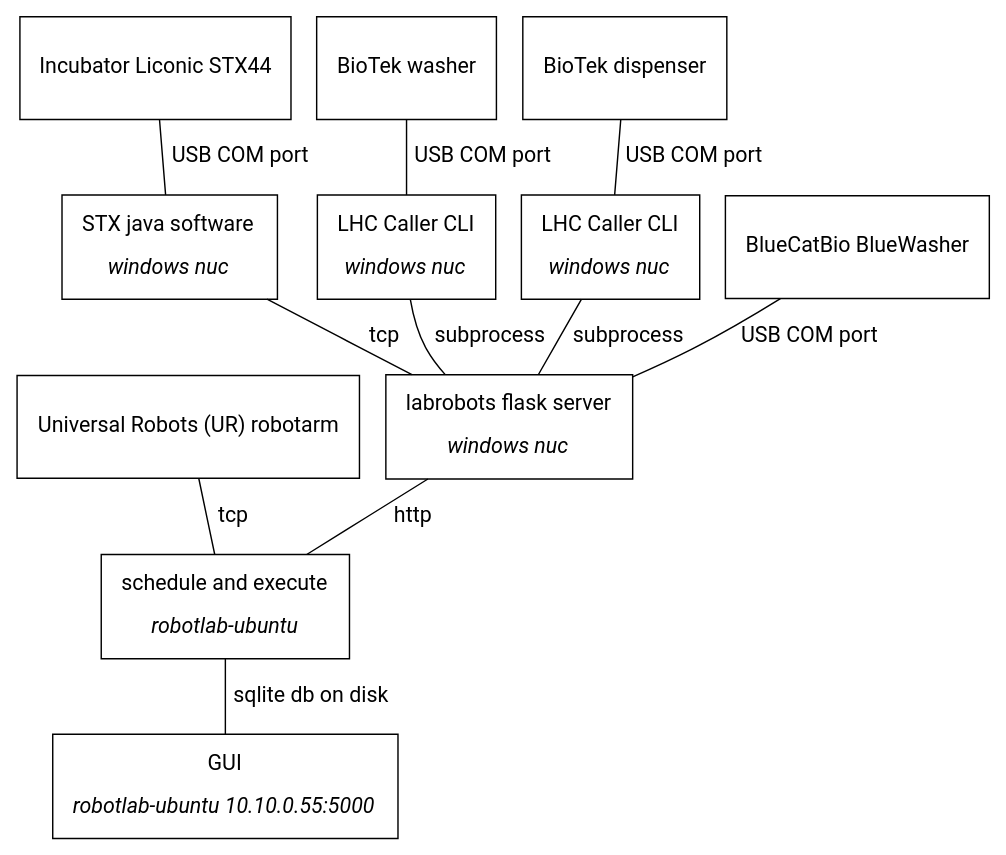
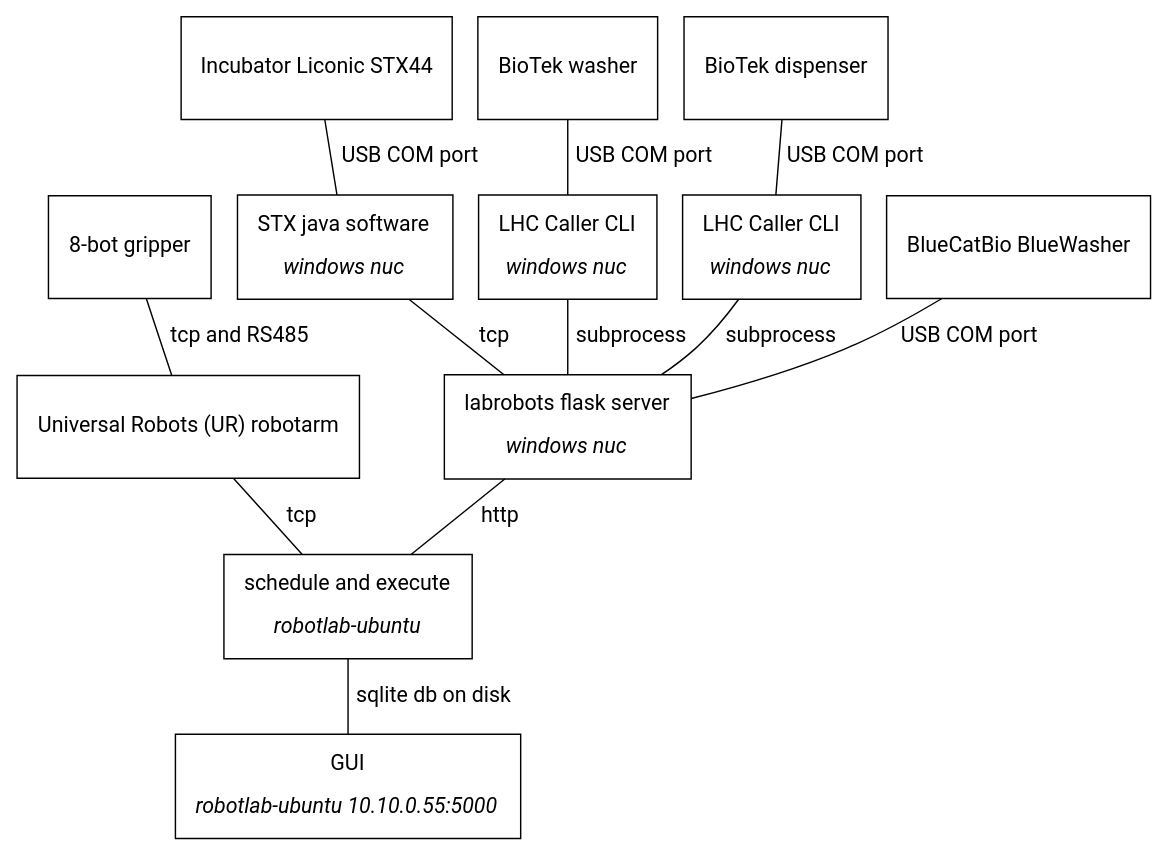
Before and after one commit to pharmbio/robotlab: the diagram in docs/painter.dot, drawn with Graphviz. The commit also changed 1 other file, not shown here.

Commit message:
Add 8-bot gripper to painter overview

```diff
--- a/docs/painter.dot
+++ b/docs/painter.dot
@@ -1,28 +1,29 @@
 # Build the svg with:
 # dot overview.dot -Tsvg -o overview.svg
 graph {
     # graph [bgcolor="#2d2d2d"]
     # node [color="#d3d0c8" fontcolor="#d3d0c8"]
     # edge [color="#d3d0c8" fontcolor="#d3d0c8"]
 
     node [fontname="Roboto", fontsize=15, height=1, margin=0.2]
     edge [fontname="Roboto", fontsize=15]
     node [shape=box]
 
-    ur   [label="Universal Robots (UR) robotarm"]; ur -- scheduler [label="  tcp"]
+    gripper [label="8-bot gripper"];                  gripper -- ur   [label="  tcp and RS485"]
+    ur      [label="Universal Robots (UR) robotarm"]; ur -- scheduler [label="  tcp"]
 
     incu [label="Incubator Liconic STX44"]; incu -- stx [label="  USB COM port"]
-    stx [label=<STX java software<BR/><BR/><I>windows nuc</I>>]; stx -- nuc [label="  tcp"]
+    stx  [label=<STX java software<BR/><BR/><I>windows nuc</I>>]; stx -- nuc [label="  tcp"]
 
     wash [label="BioTek washer"];    wash_repl [label=<LHC Caller CLI<BR/><BR/><I>windows nuc</I>>]; wash -- wash_repl [label="  USB COM port"]; wash_repl -- nuc [label="  subprocess"]
     disp [label="BioTek dispenser"]; disp_repl [label=<LHC Caller CLI<BR/><BR/><I>windows nuc</I>>]; disp -- disp_repl [label="  USB COM port"]; disp_repl -- nuc [label="  subprocess"]
 
     blue [label="BlueCatBio BlueWasher"]; blue -- nuc [label="  USB COM port"]
 
     nuc [label=<labrobots flask server<BR/><BR/><I>windows nuc</I>>]
     nuc -- scheduler [label="  http"]
 
     scheduler [label=<schedule and execute<BR/><BR/><I>robotlab-ubuntu</I>>]
     scheduler_ui [label=<GUI<BR/><BR/><I>robotlab-ubuntu 10.10.0.55:5000</I>>]
     scheduler -- scheduler_ui [label="  sqlite db on disk"]
 }
```
